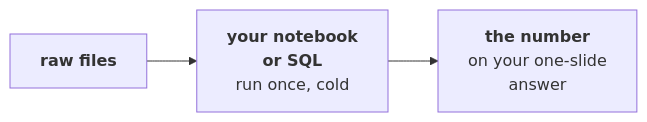
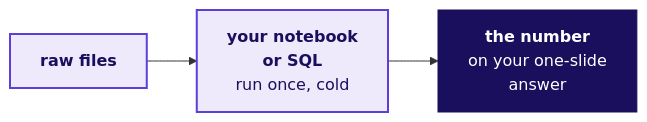
One commit to fde-academy-lab/c2-content-factory changed diagram 11 of 15 in content/W03/SAT/slides/C2_W03_SAT_presentation_format_STUDENT.md. Above: the diagram before and after it, drawn with Mermaid. The commit also changed other lines of this file and 2 other files, not shown here.

````diff
--- a/content/W03/SAT/slides/C2_W03_SAT_presentation_format_STUDENT.md
+++ b/content/W03/SAT/slides/C2_W03_SAT_presentation_format_STUDENT.md
@@ -281,4 +632,8 @@
 ```mermaid
 flowchart LR
     A["<b>raw files</b>"] --> B["<b>your notebook<br/>or SQL</b><br/>run once, cold"] --> C["<b>the number</b><br/>on your one-slide<br/>answer"]
+    classDef known fill:#EEEAFB,stroke:#5B3FD6,color:#1A0F5C,stroke-width:2px
+    classDef bet fill:#1A0F5C,stroke:#1A0F5C,color:#FFFFFF
+    class A,B known
+    class C bet
 ```
````
